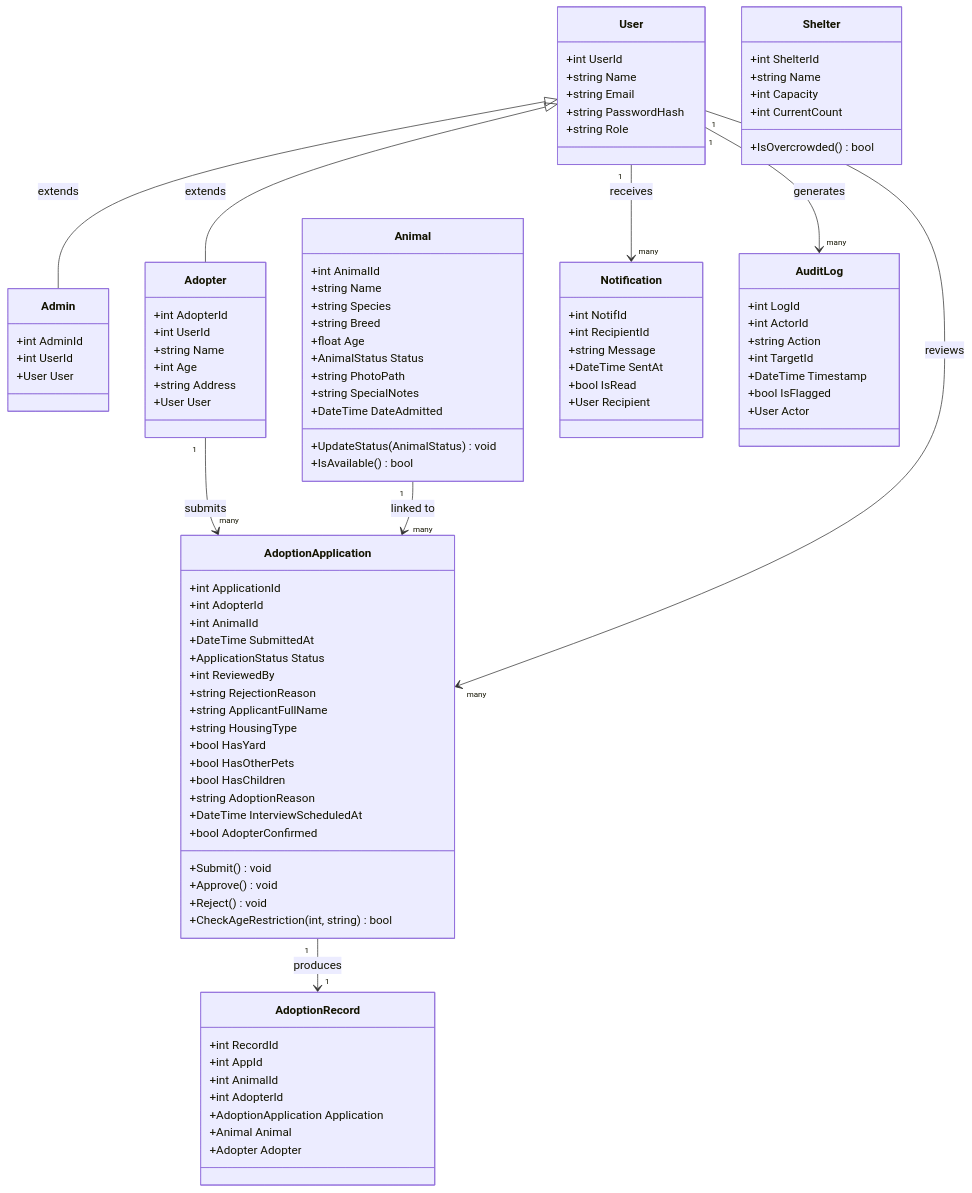
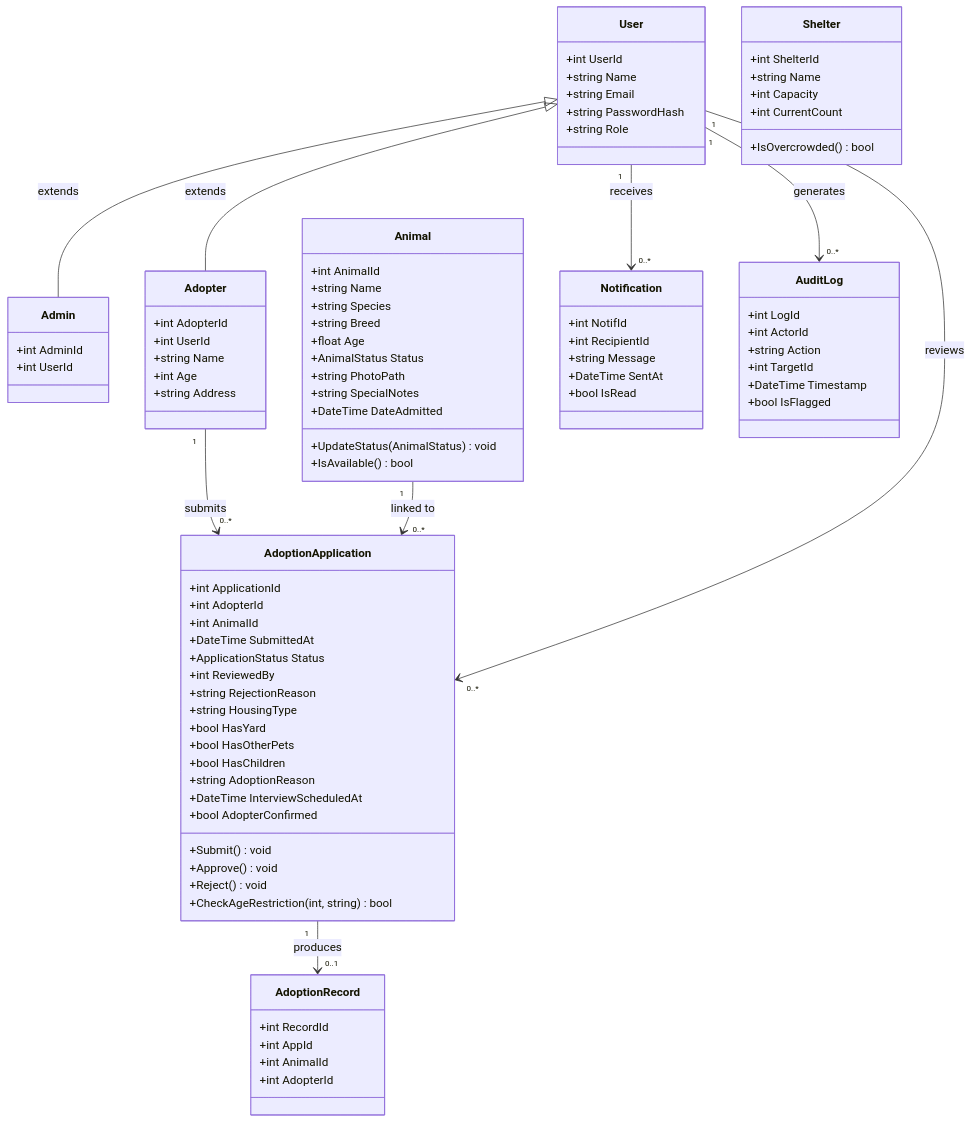
The diagram in readme.md (shinmieeeee/ShelterLink), drawn with Mermaid before and after one commit. The commit also changed other lines of this file, not shown here.

Commit message:
Updated ReadMe UML

````diff
--- a/readme.md
+++ b/readme.md
@@ -33,107 +31,91 @@
 ```mermaid
 classDiagram
-    class User {
-        +int UserId
-        +string Name
-        +string Email
-        +string PasswordHash
-        +string Role
-    }
+  class User {
+    +int UserId
+    +string Name
+    +string Email
+    +string PasswordHash
+    +string Role
+  }
+  class Admin {
+    +int AdminId
+    +int UserId
+  }
+  class Adopter {
+    +int AdopterId
+    +int UserId
+    +string Name
+    +int Age
+    +string Address
+  }
+  class Animal {
+    +int AnimalId
+    +string Name
+    +string Species
+    +string Breed
+    +float Age
+    +AnimalStatus Status
+    +string PhotoPath
+    +string SpecialNotes
+    +DateTime DateAdmitted
+    +UpdateStatus(AnimalStatus) void
+    +IsAvailable() bool
+  }
+  class AdoptionApplication {
+    +int ApplicationId
+    +int AdopterId
+    +int AnimalId
+    +DateTime SubmittedAt
+    +ApplicationStatus Status
+    +int ReviewedBy
+    +string RejectionReason
+    +string HousingType
+    +bool HasYard
+    +bool HasOtherPets
+    +bool HasChildren
+    +string AdoptionReason
+    +DateTime InterviewScheduledAt
+    +bool AdopterConfirmed
+    +Submit() void
+    +Approve() void
+    +Reject() void
+    +CheckAgeRestriction(int, string) bool
+  }
+  class AdoptionRecord {
+    +int RecordId
+    +int AppId
+    +int AnimalId
+    +int AdopterId
+  }
+  class Notification {
+    +int NotifId
+    +int RecipientId
+    +string Message
+    +DateTime SentAt
+    +bool IsRead
+  }
+  class AuditLog {
+    +int LogId
+    +int ActorId
+    +string Action
+    +int TargetId
+    +DateTime Timestamp
+    +bool IsFlagged
+  }
+  class Shelter {
+    +int ShelterId
+    +string Name
+    +int Capacity
+    +int CurrentCount
+    +IsOvercrowded() bool
+  }
 
-    class Admin {
-        +int AdminId
-        +int UserId
-        +User User
-    }
-
-    class Adopter {
-        +int AdopterId
-        +int UserId
-        +string Name
-        +int Age
-        +string Address
-        +User User
-    }
-
-    class Animal {
-        +int AnimalId
-        +string Name
-        +string Species
-        +string Breed
-        +float Age
-        +AnimalStatus Status
-        +string PhotoPath
-        +string SpecialNotes
-        +DateTime DateAdmitted
-        +UpdateStatus(AnimalStatus) void
-        +IsAvailable() bool
-    }
-
-    class AdoptionApplication {
-        +int ApplicationId
-        +int AdopterId
-        +int AnimalId
-        +DateTime SubmittedAt
-        +ApplicationStatus Status
-        +int ReviewedBy
-        +string RejectionReason
-        +string ApplicantFullName
-        +string HousingType
-        +bool HasYard
-        +bool HasOtherPets
-        +bool HasChildren
-        +string AdoptionReason
-        +DateTime InterviewScheduledAt
-        +bool AdopterConfirmed
-        +Submit() void
-        +Approve() void
-        +Reject() void
-        +CheckAgeRestriction(int, string) bool
-    }
-
-    class AdoptionRecord {
-        +int RecordId
-        +int AppId
-        +int AnimalId
-        +int AdopterId
-        +AdoptionApplication Application
-        +Animal Animal
-        +Adopter Adopter
-    }
-
-    class Notification {
-        +int NotifId
-        +int RecipientId
-        +string Message
-        +DateTime SentAt
-        +bool IsRead
-        +User Recipient
-    }
-
-    class AuditLog {
-        +int LogId
-        +int ActorId
-        +string Action
-        +int TargetId
-        +DateTime Timestamp
-        +bool IsFlagged
-        +User Actor
-    }
-
-    class Shelter {
-        +int ShelterId
-        +string Name
-        +int Capacity
-        +int CurrentCount
-        +IsOvercrowded() bool
-    }
-
-    User <|-- Admin : extends
-    User <|-- Adopter : extends
-    Adopter "1" --> "many" AdoptionApplication : submits
-    Animal "1" --> "many" AdoptionApplication : linked to
-    User "1" --> "many" AdoptionApplication : reviews
-    AdoptionApplication "1" --> "1" AdoptionRecord : produces
-    User "1" --> "many" Notification : receives
-    User "1" --> "many" AuditLog : generates
+  User <|-- Admin : extends
+  User <|-- Adopter : extends
+  Adopter "1" --> "0..*" AdoptionApplication : submits
+  Animal "1" --> "0..*" AdoptionApplication : linked to
+  User "1" --> "0..*" AdoptionApplication : reviews
+  AdoptionApplication "1" --> "0..1" AdoptionRecord : produces
+  User "1" --> "0..*" Notification : receives
+  User "1" --> "0..*" AuditLog : generates
 ```
````
